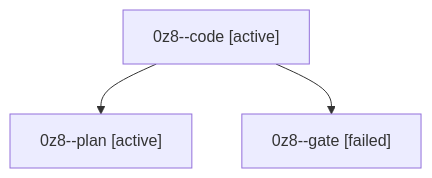
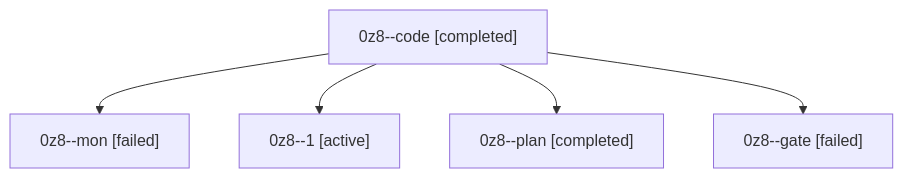
The diagram in sessions/bbugyi200.athena.0z8.md (bobs-org/bob-cli--agents), drawn with Mermaid before and after one commit. The commit also changed other lines of this file and 25 other files, not shown here.

````diff
--- a/sessions/bbugyi200.athena.0z8.md
+++ b/sessions/bbugyi200.athena.0z8.md
@@ -9,8 +9,12 @@
 ```mermaid
 flowchart TD
-  n0["0z8--code [active]"]
-  n1["0z8--plan [active]"]
+  n0["0z8--code [completed]"]
+  n1["0z8--mon [failed]"]
   n0 --> n1
-  n2["0z8--gate [failed]"]
+  n2["0z8--1 [active]"]
   n0 --> n2
+  n3["0z8--plan [completed]"]
+  n0 --> n3
+  n4["0z8--gate [failed]"]
+  n0 --> n4
 ```
````
